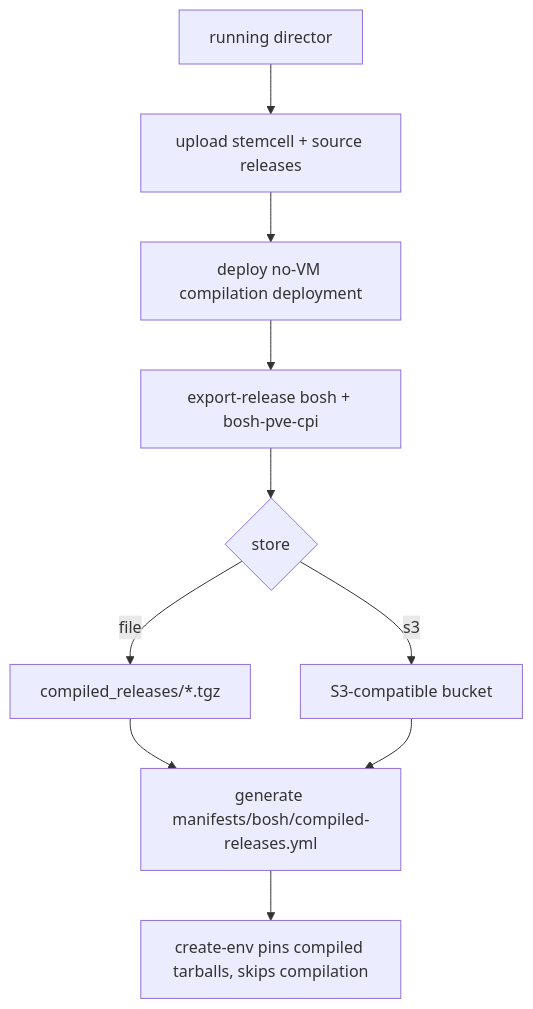
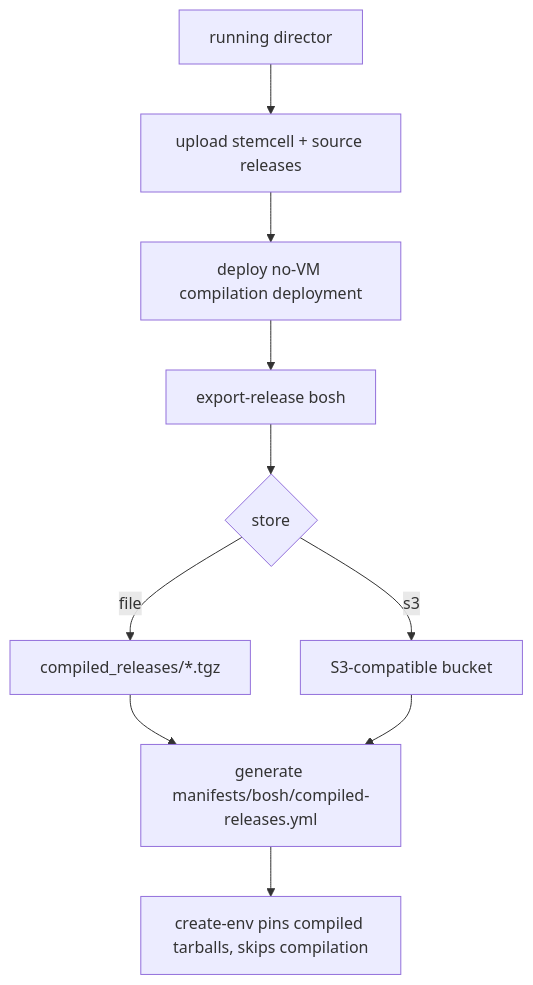
Before and after one commit to fivetwenty-io/bosh-proxmox-cpi-release: the diagram in docs/compiled-releases.md, drawn with Mermaid. The commit also changed other lines of this file and 1 other file, not shown here.

First line of the commit message:
Compile only the bosh release; run the CPI locally

````diff
--- a/docs/compiled-releases.md
+++ b/docs/compiled-releases.md
@@ -16,12 +24,12 @@
 ```mermaid
 flowchart TD
     A[running director] --> B[upload stemcell + source releases]
     B --> C[deploy no-VM compilation deployment]
-    C --> D[export-release bosh + bosh-pve-cpi]
+    C --> D[export-release bosh]
     D --> E{store}
     E -->|file| F[compiled_releases/*.tgz]
     E -->|s3| G[S3-compatible bucket]
     F --> H[generate manifests/bosh/compiled-releases.yml]
     G --> H
     H --> I[create-env pins compiled tarballs, skips compilation]
 ```
````
